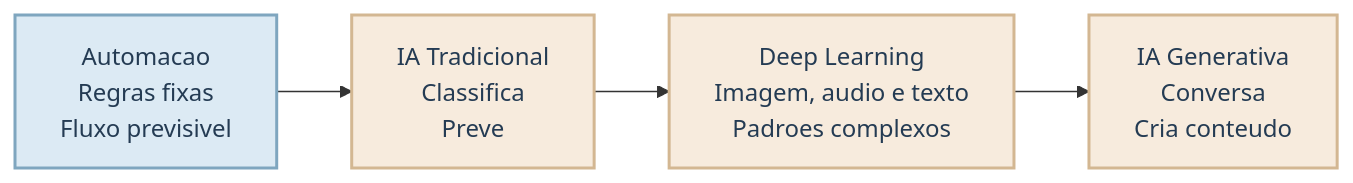
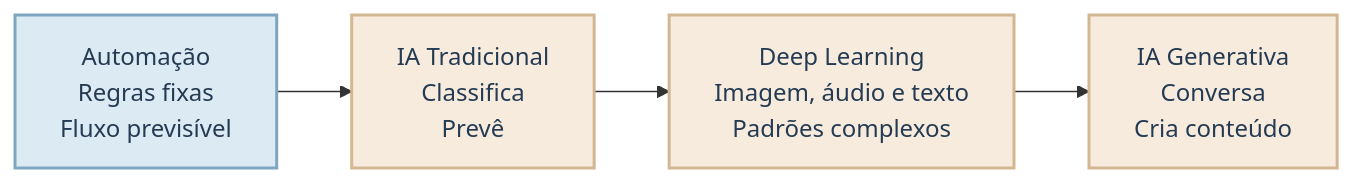
Before and after one commit to mikaelakihitto/self-study-data-science: diagram 13 of 51 in temas/introducao_pratica_ia_e_genia/estudo/aula1.qmd, drawn with Mermaid. The commit also changed other lines of this file, not shown here.

````diff
--- a/temas/introducao_pratica_ia_e_genia/estudo/aula1.qmd
+++ b/temas/introducao_pratica_ia_e_genia/estudo/aula1.qmd
@@ -320,14 +311,14 @@
 ```{mermaid}
 %%| fig-align: center
 %%| out-width: 72%
 graph LR
-    A[Automacao<br/>Regras fixas<br/>Fluxo previsivel] --> B[IA Tradicional<br/>Classifica<br/>Preve]
-    B --> C[Deep Learning<br/>Imagem, audio e texto<br/>Padroes complexos]
-    C --> D[IA Generativa<br/>Conversa<br/>Cria conteudo]
+    A[Automação<br/>Regras fixas<br/>Fluxo previsível] --> B[IA Tradicional<br/>Classifica<br/>Prevê]
+    B --> C[Deep Learning<br/>Imagem, áudio e texto<br/>Padrões complexos]
+    C --> D[IA Generativa<br/>Conversa<br/>Cria conteúdo]
     %% Definicao das cores
     classDef styleAzul fill:#DCEAF4,stroke:#7FA6BF,stroke-width:2px,color:#243B53;
     classDef styleVerde fill:#E7F2E8,stroke:#90B29A,stroke-width:2px,color:#243B53;
     classDef styleAreia fill:#F7EBDD,stroke:#D3B792,stroke-width:2px,color:#243B53;
     class A styleAzul;
     class B,C,D styleAreia;
 ```
````
